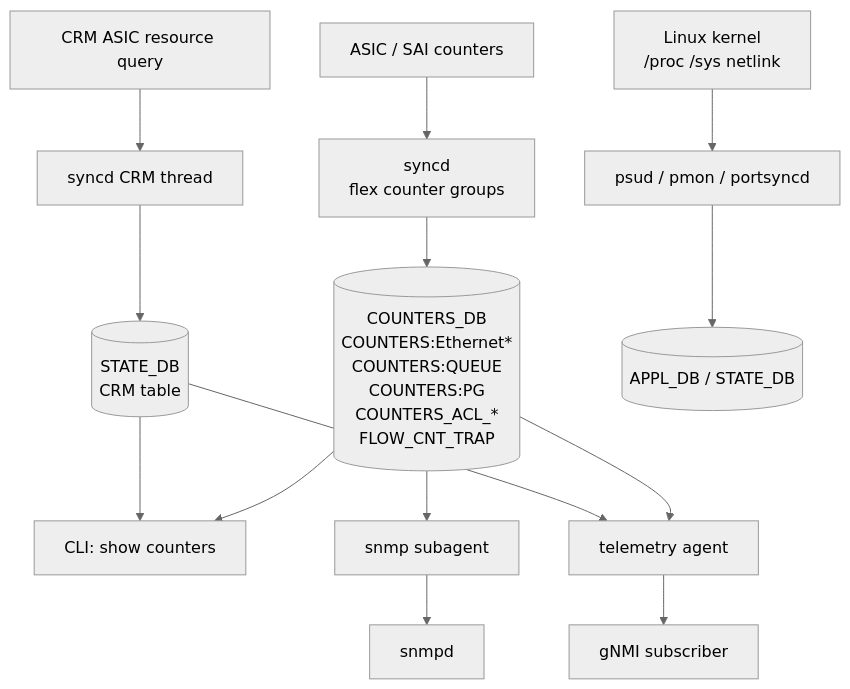
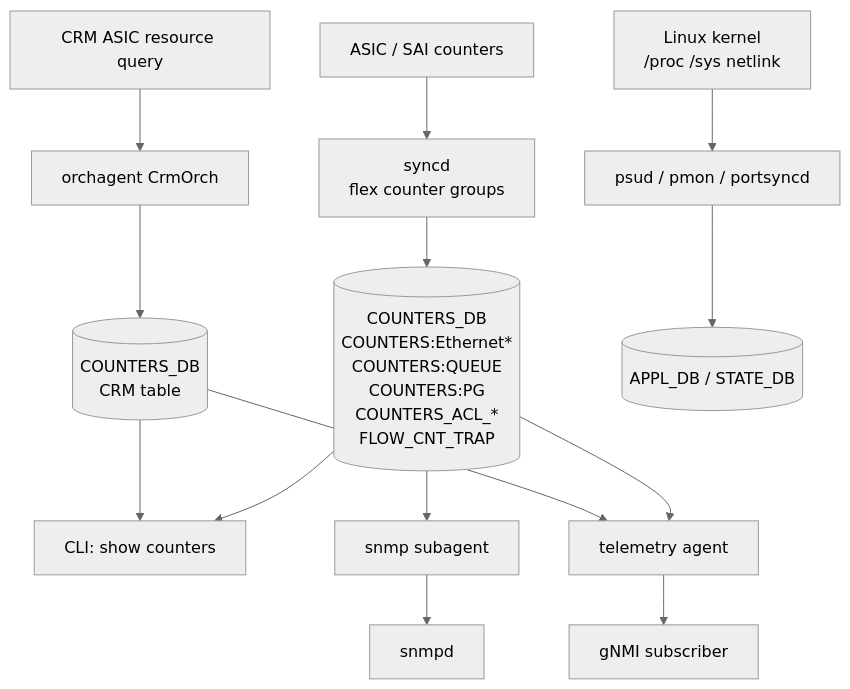
One commit to aoki-taquan/sonic-unofficial-docs changed the first of 2 diagrams in docs/topics/09-telemetry-snmp/architecture.md. Above: the diagram before and after it, drawn with Mermaid (neutral theme). The commit also changed other lines of this file and 17 other files, not shown here.

````diff
--- a/docs/topics/09-telemetry-snmp/architecture.md
+++ b/docs/topics/09-telemetry-snmp/architecture.md
@@ -39,16 +39,16 @@
 ```mermaid
 flowchart TB
   ASIC[ASIC / SAI counters] --> SD[syncd<br>flex counter groups]
   SD --> CDB[(COUNTERS_DB<br>COUNTERS:Ethernet*<br>COUNTERS:QUEUE<br>COUNTERS:PG<br>COUNTERS_ACL_*<br>FLOW_CNT_TRAP)]
-  SAIC[CRM ASIC resource query] --> SDC[syncd CRM thread]
-  SDC --> STDB[(STATE_DB<br>CRM table)]
+  SAIC[CRM ASIC resource query] --> SDC[orchagent CrmOrch]
+  SDC --> STDB[(COUNTERS_DB<br>CRM table)]
   LNX[Linux kernel<br>/proc /sys netlink] --> AG[psud / pmon / portsyncd]
   AG --> APP[(APPL_DB / STATE_DB)]
   CDB --> CLI[CLI: show counters]
   CDB --> TEL[telemetry agent]
   CDB --> SNMPS[snmp subagent]
   STDB --> CLI
   STDB --> TEL
   TEL --> GNMI[gNMI subscriber]
   SNMPS --> SNMP[snmpd]
 ```
````
